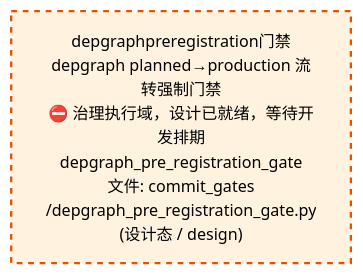
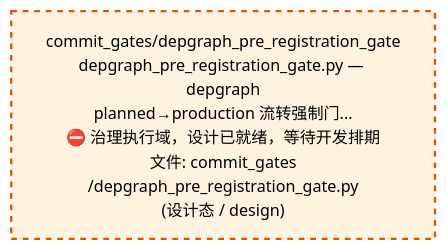
The third of 4 diagrams in docs/02_enterprise_architecture/02_domain_architecture_docs/53_d_gov_enforcement.md (xuanFelixVan/ZephyrAlpha), drawn with Mermaid before and after one commit. The commit also changed other lines of this file and 58 other files, not shown here.

````diff
--- a/docs/02_enterprise_architecture/02_domain_architecture_docs/53_d_gov_enforcement.md
+++ b/docs/02_enterprise_architecture/02_domain_architecture_docs/53_d_gov_enforcement.md
@@ -342,10 +342,10 @@
 ```mermaid
 %%{init: {'theme': 'base', 'themeVariables': {'primaryColor': '#eaeaea', 'primaryTextColor': '#333333', 'primaryBorderColor': '#666666', 'lineColor': '#666666', 'secondaryColor': '#eaeaea', 'tertiaryColor': '#eaeaea', 'fontSize': '14px'}}}%%
 flowchart TD
-    src_zephyr_gov_enforcement_commit_gates_depgraph_pre_registration_gate_py["depgraphpreregistration门禁<br/>depgraph planned→production 流转强制门禁<br/>⛔ 治理执行域，设计已就绪，等待开发排期<br/>depgraph_pre_registration_gate<br/>文件: commit_gates<br/>/depgraph_pre_registration_gate.py<br/>(设计态 / design)"]
+    src_zephyr_gov_enforcement_commit_gates_depgraph_pre_registration_gate_py["commit_gates/depgraph_pre_registration_gate<br/>depgraph_pre_registration_gate.py — depgraph<br/>planned→production 流转强制门...<br/>⛔ 治理执行域，设计已就绪，等待开发排期<br/>文件: commit_gates<br/>/depgraph_pre_registration_gate.py<br/>(设计态 / design)"]
     classDef production fill:#e1f5fe,stroke:#01579b,stroke-width:2px,color:#000
     classDef design fill:#fff3e0,stroke:#e65100,stroke-width:2px,color:#000,stroke-dasharray: 5 5
     classDef external_prod fill:#e8f4fd,stroke:#0277bd,stroke-width:1px,color:#000
     classDef external_design fill:#fff8e7,stroke:#ef6c00,stroke-width:1px,color:#000,stroke-dasharray: 5 5
     class src_zephyr_gov_enforcement_commit_gates_depgraph_pre_registration_gate_py design
 ```
````
